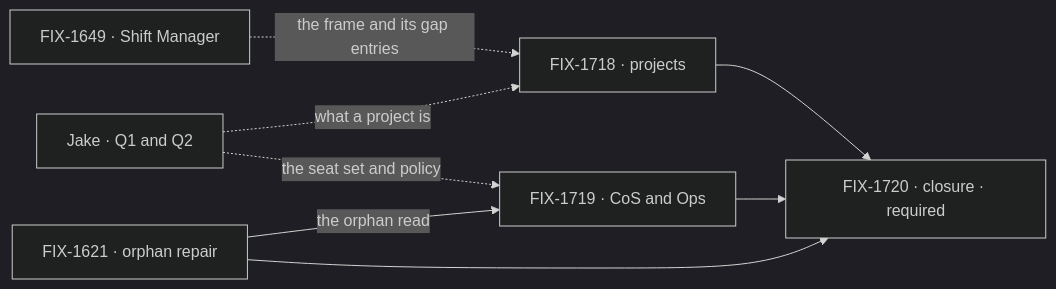
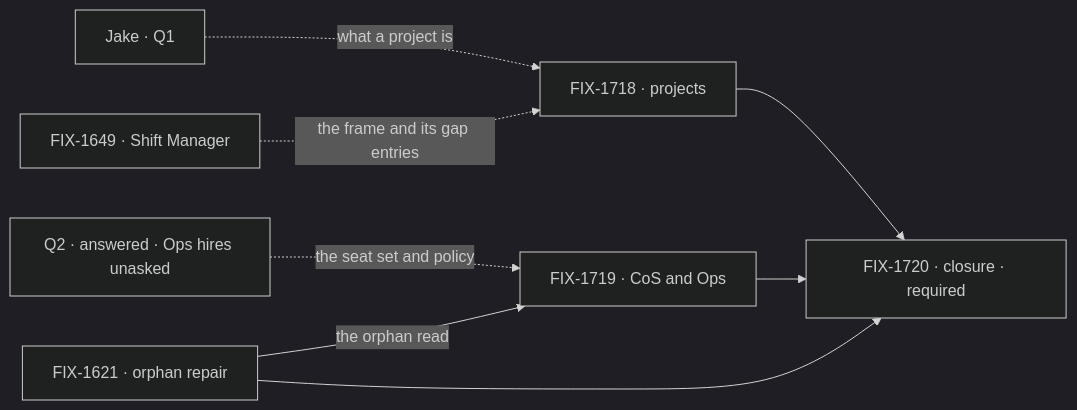
One commit to fixpoint-labs/flow-state-dev changed the second of 2 diagrams in specs/epics/FIX-1650/SPEC.md. Above: the diagram before and after it, drawn with Mermaid (dark theme). The commit also changed other lines of this file and 8 other files, not shown here.

First line of the commit message:
spec(epic): FIX-1650 amend — Ops hires without asking (Jake, Q2)

````diff
--- a/specs/epics/FIX-1650/SPEC.md
+++ b/specs/epics/FIX-1650/SPEC.md
@@ -80,10 +81,10 @@
 ```mermaid
 flowchart LR
-  Q["Jake · Q1 and Q2"] -.->|"what a project is"| A["FIX-1718 · projects"]
-  Q -.->|"the seat set and policy"| B["FIX-1719 · CoS and Ops"]
+  Q["Jake · Q1"] -.->|"what a project is"| A["FIX-1718 · projects"]
+  Q2["Q2 · answered · Ops hires unasked"] -.->|"the seat set and policy"| B["FIX-1719 · CoS and Ops"]
   R["FIX-1621 · orphan repair"] -->|"the orphan read"| B
   A --> Z["FIX-1720 · closure · required"]
   R --> Z
   B --> Z
   S["FIX-1649 · Shift Manager"] -.->|"the frame and its gap entries"| A
 ```
````
